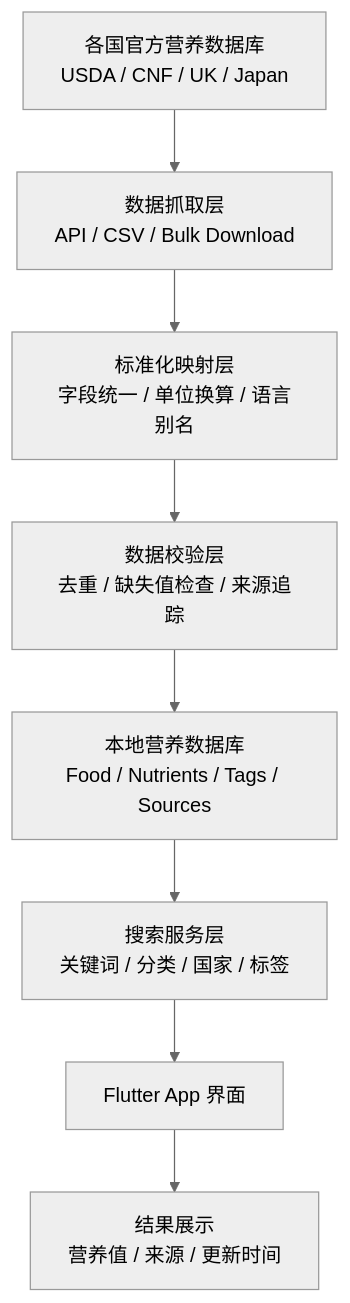
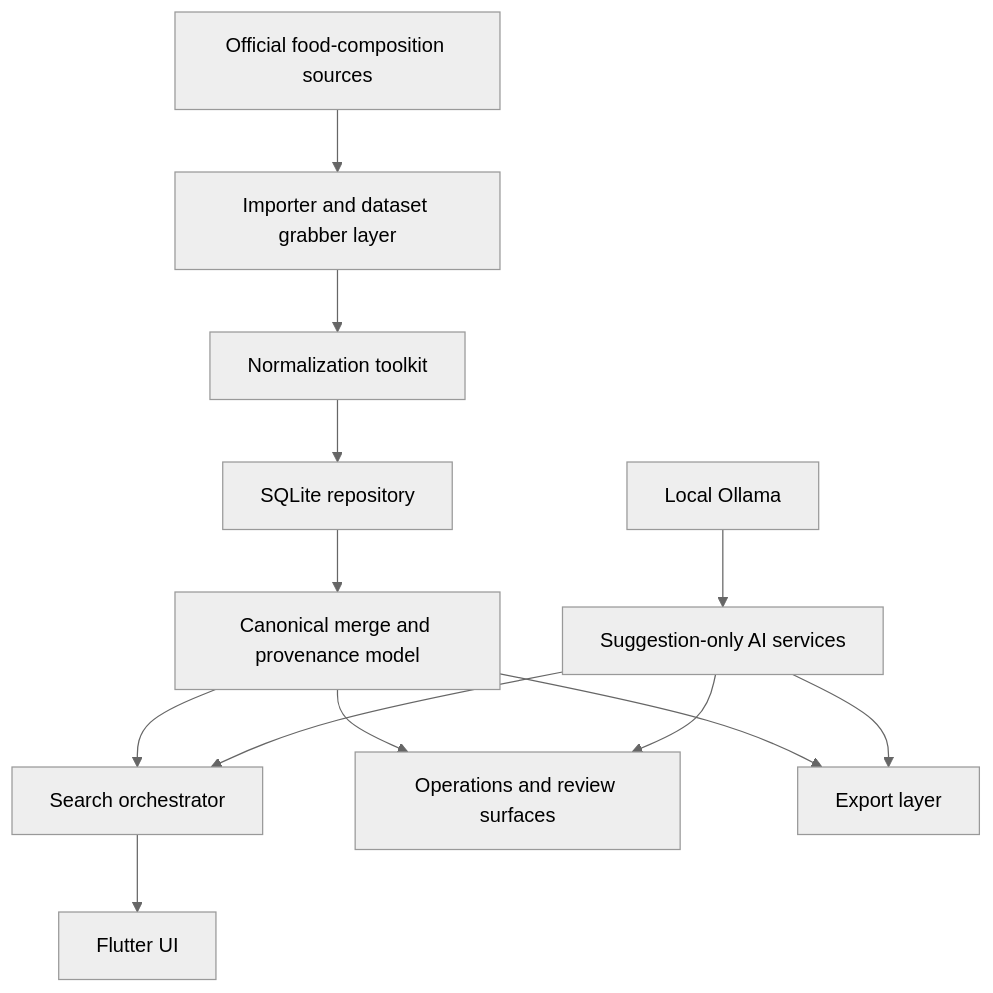
Before and after one commit to albertzhzhou-droid/DataHookClaws: the diagram in README.md, drawn with Mermaid (neutral theme). The commit also changed other lines of this file and 63 other files, not shown here.

````diff
--- a/README.md
+++ b/README.md
@@ -7,10 +26,15 @@
 ```mermaid
 flowchart TD
-    A["各国官方营养数据库<br/>USDA / CNF / UK / Japan"] --> B["数据抓取层<br/>API / CSV / Bulk Download"]
-    B --> C["标准化映射层<br/>字段统一 / 单位换算 / 语言别名"]
-    C --> D["数据校验层<br/>去重 / 缺失值检查 / 来源追踪"]
-    D --> E["本地营养数据库<br/>Food / Nutrients / Tags / Sources"]
-    E --> F["搜索服务层<br/>关键词 / 分类 / 国家 / 标签"]
-    F --> G["Flutter App 界面"]
-    G --> H["结果展示<br/>营养值 / 来源 / 更新时间"]
+    A["Official food-composition sources"] --> B["Importer and dataset grabber layer"]
+    B --> C["Normalization toolkit"]
+    C --> D["SQLite repository"]
+    D --> E["Canonical merge and provenance model"]
+    E --> F["Search orchestrator"]
+    F --> G["Flutter UI"]
+    E --> H["Operations and review surfaces"]
+    E --> I["Export layer"]
+    J["Local Ollama"] --> K["Suggestion-only AI services"]
+    K --> F
+    K --> H
+    K --> I
 ```
````
